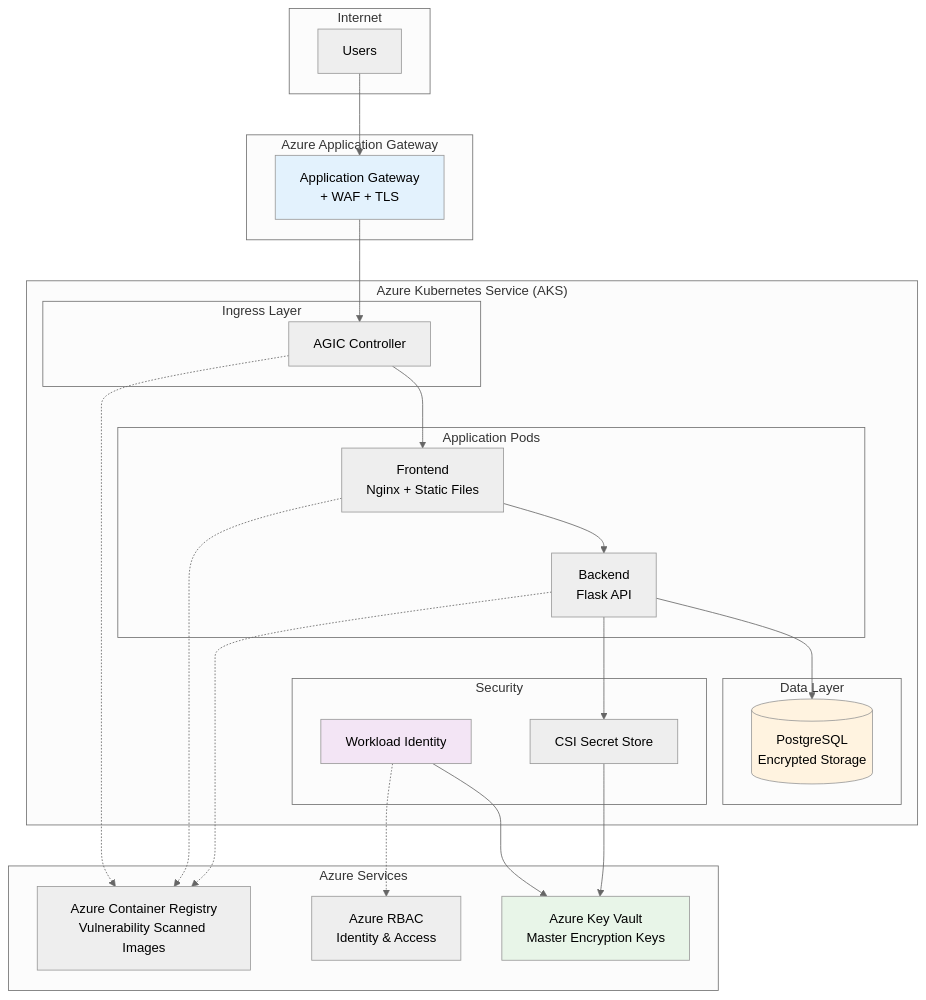
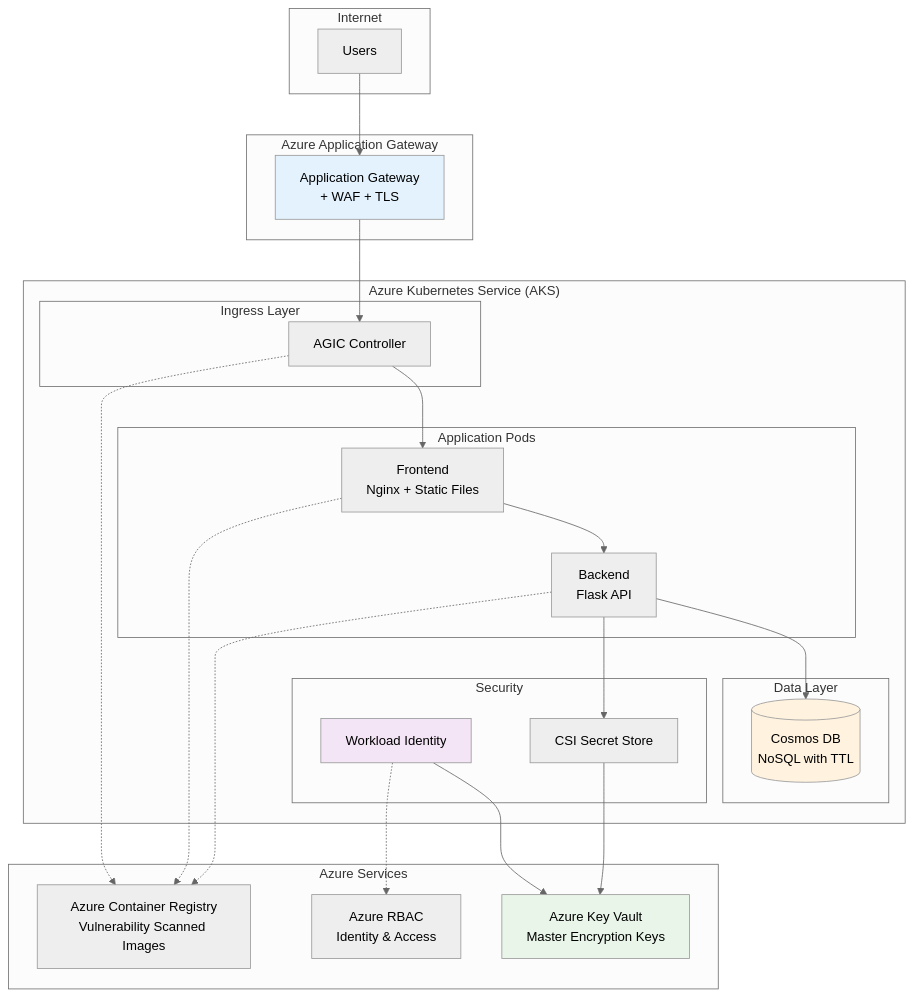
Before and after one commit to tiagonunes1491/Transio: the first of 3 diagrams in docs/architecture.md, drawn with Mermaid (neutral theme). The commit also changed other lines of this file and 4 other files, not shown here.

````diff
--- a/docs/architecture.md
+++ b/docs/architecture.md
@@ -7,57 +10,57 @@
 ```mermaid
 graph TB
     subgraph "Internet"
         U[Users]
     end
     
     subgraph "Azure Application Gateway"
         AG[Application Gateway<br/>+ WAF + TLS]
     end
     
     subgraph "Azure Kubernetes Service (AKS)"
         subgraph "Ingress Layer"
             AGIC[AGIC Controller]
         end
         
         subgraph "Application Pods"
             FE[Frontend<br/>Nginx + Static Files]
             BE[Backend<br/>Flask API]
         end
         
         subgraph "Data Layer"
-            DB[(PostgreSQL<br/>Encrypted Storage)]
+            DB[(Cosmos DB<br/>NoSQL with TTL)]
         end
         
         subgraph "Security"
             WI[Workload Identity]
             CSI[CSI Secret Store]
         end
     end
     
     subgraph "Azure Services"
         KV[Azure Key Vault<br/>Master Encryption Keys]
         ACR[Azure Container Registry<br/>Vulnerability Scanned Images]
         RBAC[Azure RBAC<br/>Identity & Access]
     end
     
     U --> AG
     AG --> AGIC
     AGIC --> FE
     FE --> BE
     BE --> DB
     
     WI --> KV
     CSI --> KV
     BE --> CSI
     
     AGIC -.-> ACR
     FE -.-> ACR
     BE -.-> ACR
     
     WI -.-> RBAC
     
     style AG fill:#e3f2fd
     style KV fill:#e8f5e8
     style DB fill:#fff3e0
     style WI fill:#f3e5f5
 ```
````
